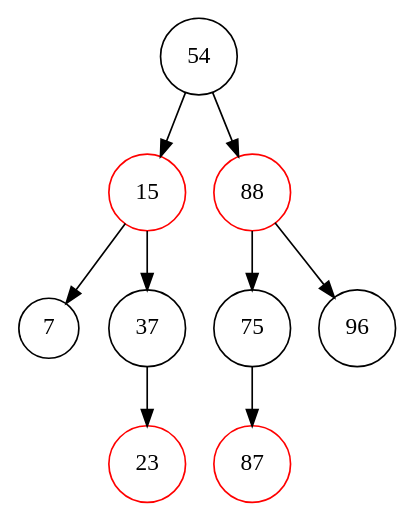
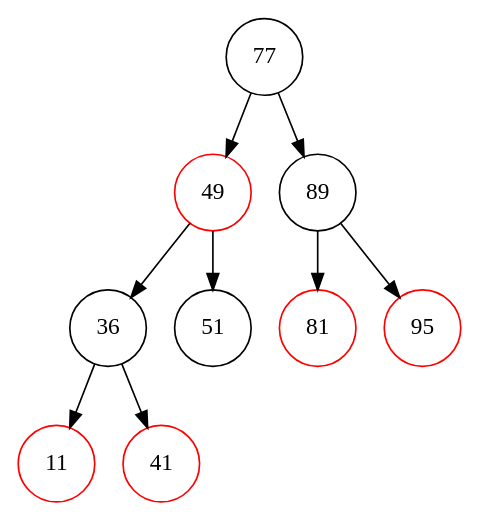
Before and after one commit to Koreleth/rbtrees: the diagram in tree_step_8.dot, drawn with Graphviz. The commit also changed 19 other files, not shown here.

```diff
--- a/tree_step_8.dot
+++ b/tree_step_8.dot
@@ -1,20 +1,20 @@
 digraph RBTree {
     node [shape=circle];
-    "54" [color=black];
-    "54" -> "15";
-    "15" [color=red];
-    "15" -> "7";
-    "7" [color=black];
-    "15" -> "37";
-    "37" [color=black];
-    "37" -> "23";
-    "23" [color=red];
-    "54" -> "88";
-    "88" [color=red];
-    "88" -> "75";
-    "75" [color=black];
-    "75" -> "87";
-    "87" [color=red];
-    "88" -> "96";
-    "96" [color=black];
+    "77" [color=black];
+    "77" -> "49";
+    "49" [color=red];
+    "49" -> "36";
+    "36" [color=black];
+    "36" -> "11";
+    "11" [color=red];
+    "36" -> "41";
+    "41" [color=red];
+    "49" -> "51";
+    "51" [color=black];
+    "77" -> "89";
+    "89" [color=black];
+    "89" -> "81";
+    "81" [color=red];
+    "89" -> "95";
+    "95" [color=red];
 }
```
